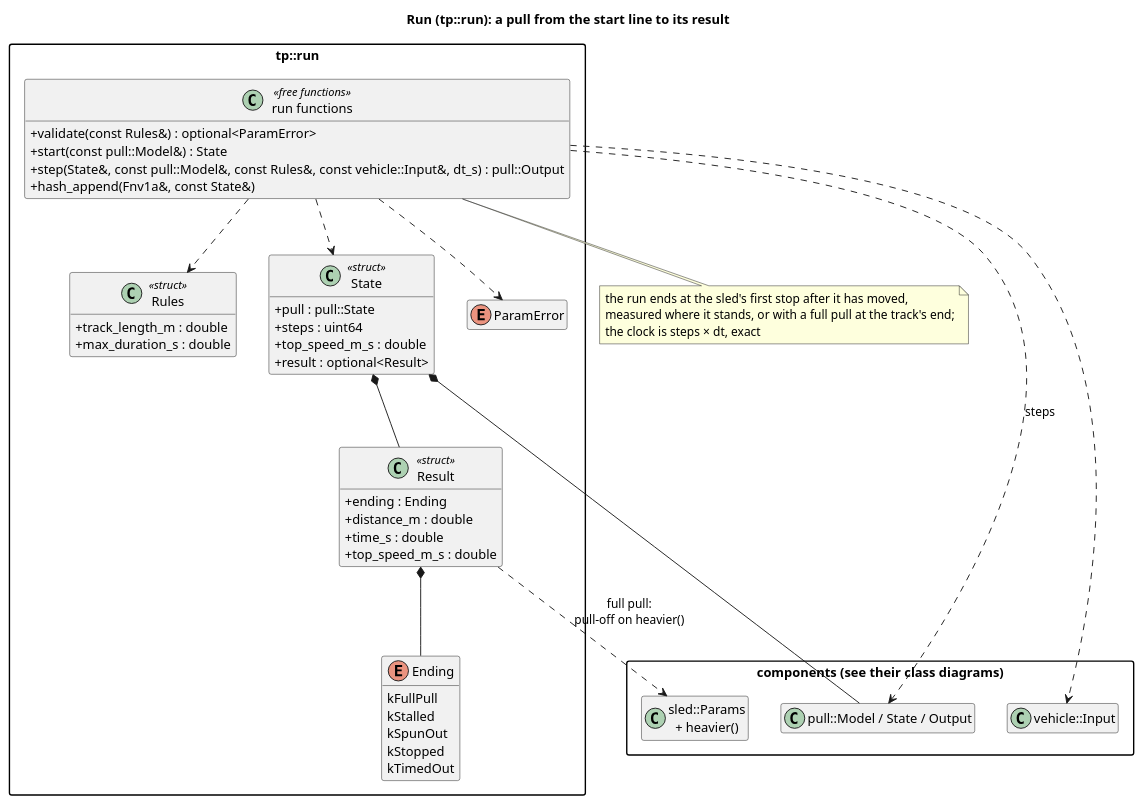
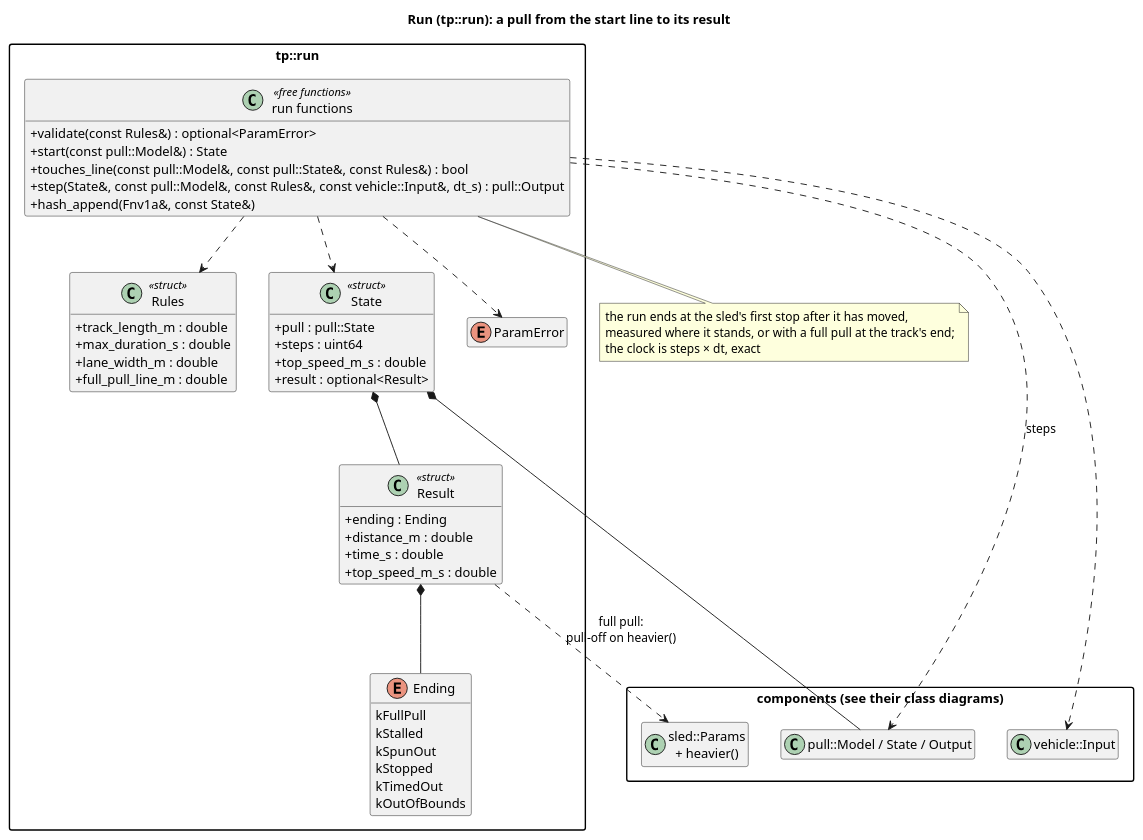
Before and after one commit to wversteeg/TractorPulling: the diagram in docs/diagrams/run_classes.puml, drawn with PlantUML. The commit also changed 51 other files, not shown here.

```diff
--- a/docs/diagrams/run_classes.puml
+++ b/docs/diagrams/run_classes.puml
@@ -1,59 +1,63 @@
 @startuml run_classes
 title Run (tp::run): a pull from the start line to its result
 hide empty members
 skinparam packageStyle rectangle
 skinparam classAttributeIconSize 0
 
 package "components (see their class diagrams)" {
   class "pull::Model / State / Output" as Pull
   class "sled::Params\n+ heavier()" as Sled
   class "vehicle::Input" as Input
 }
 
 package "tp::run" {
   class Rules <<struct>> {
     +track_length_m : double
     +max_duration_s : double
+    +lane_width_m : double
+    +full_pull_line_m : double
   }
   enum Ending {
     kFullPull
     kStalled
     kSpunOut
     kStopped
     kTimedOut
+    kOutOfBounds
   }
   class Result <<struct>> {
     +ending : Ending
     +distance_m : double
     +time_s : double
     +top_speed_m_s : double
   }
   class State <<struct>> {
     +pull : pull::State
     +steps : uint64
     +top_speed_m_s : double
     +result : optional<Result>
   }
   enum ParamError
   class "run functions" as RunFns <<free functions>> {
     +validate(const Rules&) : optional<ParamError>
     +start(const pull::Model&) : State
+    +touches_line(const pull::Model&, const pull::State&, const Rules&) : bool
     +step(State&, const pull::Model&, const Rules&, const vehicle::Input&, dt_s) : pull::Output
     +hash_append(Fnv1a&, const State&)
   }
   Result *-- Ending
   State *-- Result
   RunFns ..> Rules
   RunFns ..> State
   RunFns ..> ParamError
 }
 State *-- Pull
 RunFns ..> Input
 RunFns ..> Pull : steps
 Result ..> Sled : full pull:\npull-off on heavier()
 note bottom of RunFns
   the run ends at the sled's first stop after it has moved,
   measured where it stands, or with a full pull at the track's end;
   the clock is steps × dt, exact
 end note
 @enduml
```
